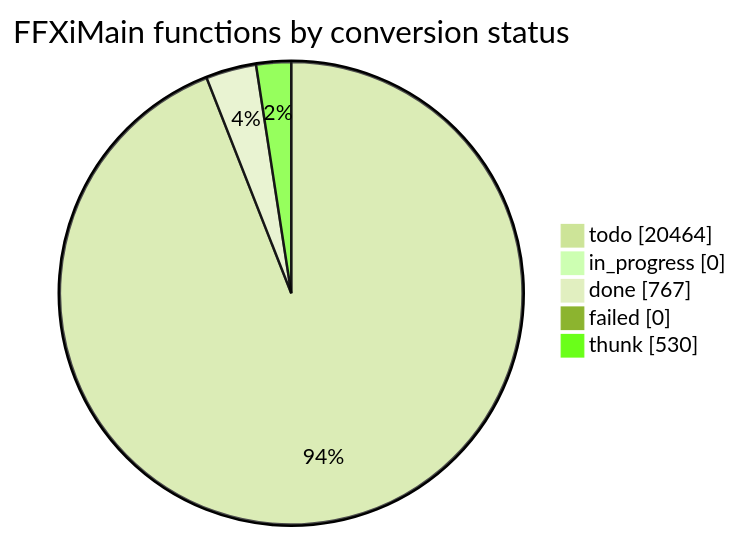
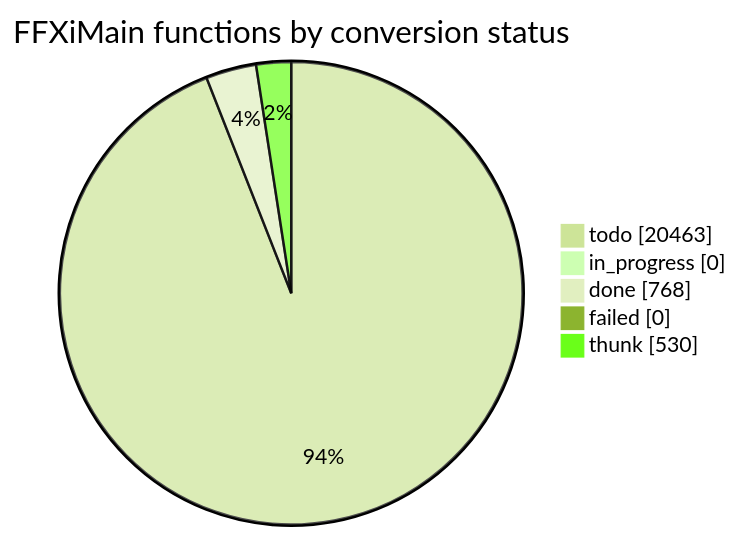
One commit to cowrevenge/cow_kuluu_xi_anything changed the diagram in docs/cow/STATUS.md. Above: the diagram before and after it, drawn with Mermaid (forest theme). The commit also changed other lines of this file and 9 other files, not shown here.

````diff
--- a/docs/cow/STATUS.md
+++ b/docs/cow/STATUS.md
@@ -18,9 +18,9 @@
 ```mermaid
 pie showData
     title FFXiMain functions by conversion status
-    "todo" : 20464
+    "todo" : 20463
     "in_progress" : 0
-    "done" : 767
+    "done" : 768
     "failed" : 0
     "thunk" : 530
 ```
````
